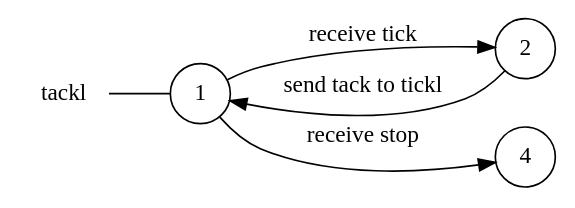
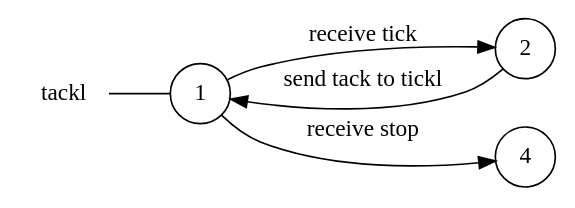
The diagram in example/ticktack/tackl_local_view.dot (gabrielegenovese/chorer), drawn with Graphviz before and after one commit. The commit also changed other lines of this file and 8 other files, not shown here.

```diff
--- a/example/ticktack/tackl_local_view.dot
+++ b/example/ticktack/tackl_local_view.dot
@@ -1,12 +1,12 @@
 digraph tackl {
 	rankdir="LR";
 	n_0 [label="tackl", shape="plaintext"];
 	n_1 [id="1", shape=circle, label="1"];
 	n_0 -> n_1 [arrowhead=none];
 	n_2 [id="2", shape=circle, label="2"];
 	n_3 [id="4", shape=circle, label="4"];
 
+	n_1 -> n_3 [id="[$e|3]", label="receive stop"];
+	n_2 -> n_1 [id="[$e|5]", label="send tack to tickl"];
 	n_1 -> n_2 [id="[$e|4]", label="receive tick"];
-	n_2 -> n_1 [id="[$e|5]", label="send tack to tickl"];
-	n_1 -> n_3 [id="[$e|3]", label="receive stop"];
 }
```
